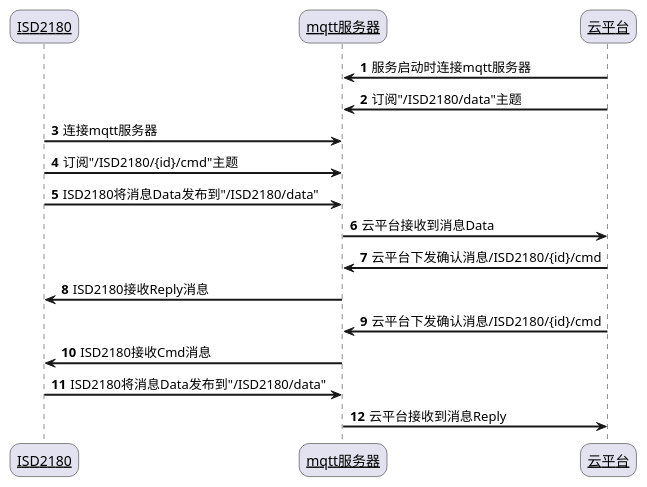
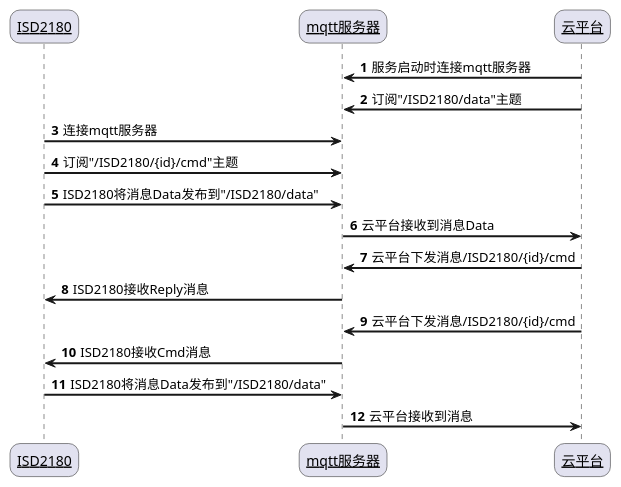
The diagram in fzd/README.org (dongkc/mainflux), drawn with PlantUML before and after one commit.

Commit message:
修改命令名字

```diff
--- a/fzd/README.org
+++ b/fzd/README.org
@@ -55,24 +55,24 @@
 #+BEGIN_SRC plantuml :cmdline -charset utf8 :file /tmp/app.png
 skinparam sequenceArrowThickness 2
 skinparam roundcorner 20
 skinparam sequenceParticipant underline
 
 scale 1.0
 autonumber
 participant "ISD2180"  as g
 participant "mqtt服务器" as m
 participant "云平台" as a
 
 a -> m : 服务启动时连接mqtt服务器
 a -> m : 订阅"/ISD2180/data"主题
 g -> m : 连接mqtt服务器
 g -> m : 订阅"/ISD2180/{id}/cmd"主题
 g -> m : ISD2180将消息Data发布到"/ISD2180/data"
 m -> a : 云平台接收到消息Data
-m <- a : 云平台下发确认消息/ISD2180/{id}/cmd
+m <- a : 云平台下发消息/ISD2180/{id}/cmd
 g <- m : ISD2180接收Reply消息
-m <- a : 云平台下发确认消息/ISD2180/{id}/cmd
+m <- a : 云平台下发消息/ISD2180/{id}/cmd
 g <- m : ISD2180接收Cmd消息
 g -> m : ISD2180将消息Data发布到"/ISD2180/data"
-m -> a : 云平台接收到消息Reply
+m -> a : 云平台接收到消息
 #+END_SRC
```
